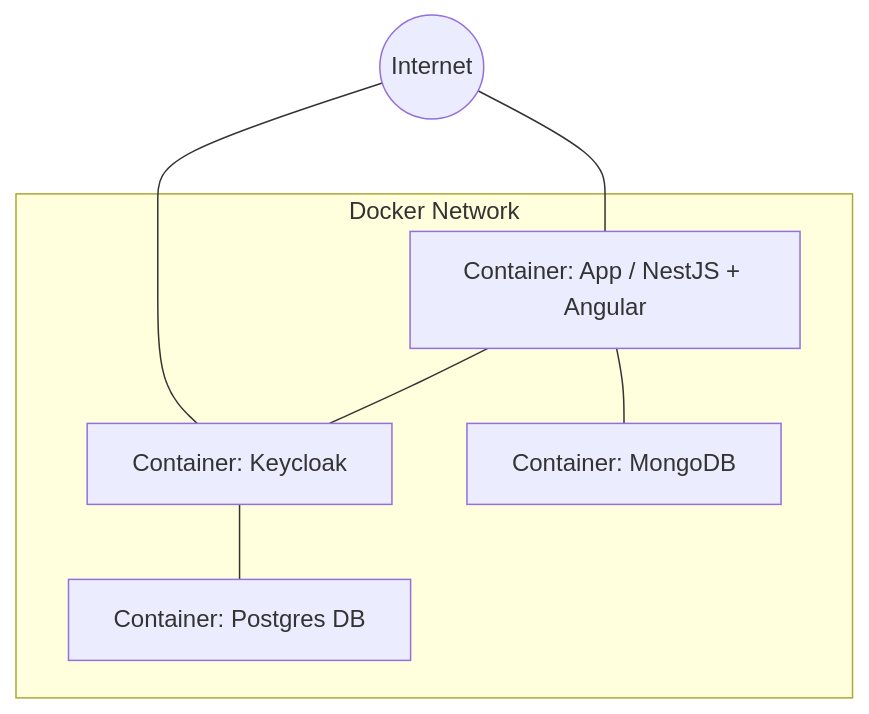
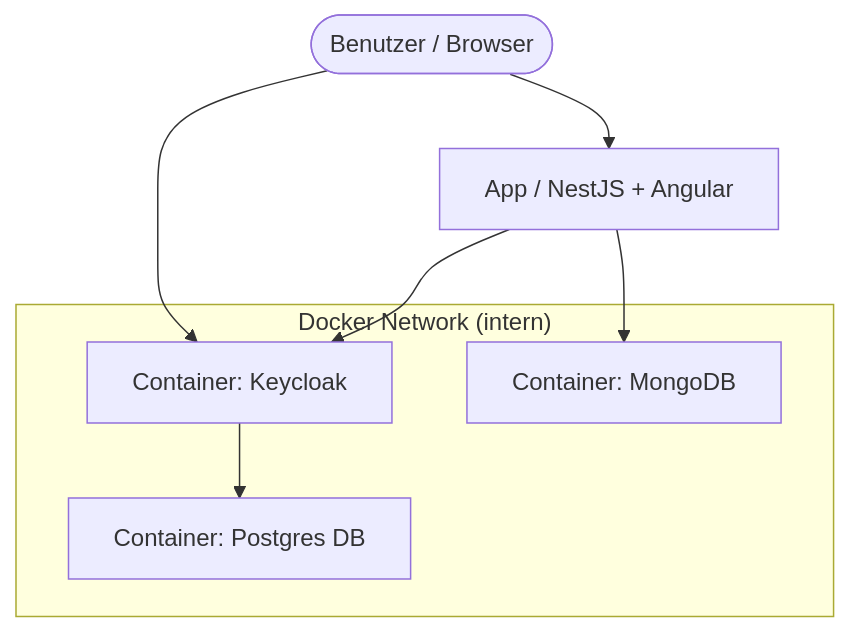
One commit to lucbu01/weblab_techradar changed the sixth of 6 diagrams in Dokumentation.md. Above: the diagram before and after it, drawn with Mermaid. The commit also changed other lines of this file, not shown here.

````diff
--- a/Dokumentation.md
+++ b/Dokumentation.md
@@ -158,16 +169,19 @@
 ```mermaid
 graph TD
-    subgraph "Docker Network"
-        AppCont[Container: App / NestJS + Angular]
+    subgraph "Docker Network (intern)"
         KCCont[Container: Keycloak]
         PGCont[Container: Postgres DB]
         MongoCont[Container: MongoDB]
-        
-        AppCont --- KCCont
-        KCCont --- PGCont
-        AppCont --- MongoCont
+
+        KCCont --> PGCont
     end
-    
-    Internet((Internet)) --- AppCont
-    Internet --- KCCont
+
+    AppCont[App / NestJS + Angular]
+    User([Benutzer / Browser])
+
+    AppCont --> MongoCont
+    User --> AppCont
+    User --> KCCont
+
+    AppCont --> KCCont
 ```
````
